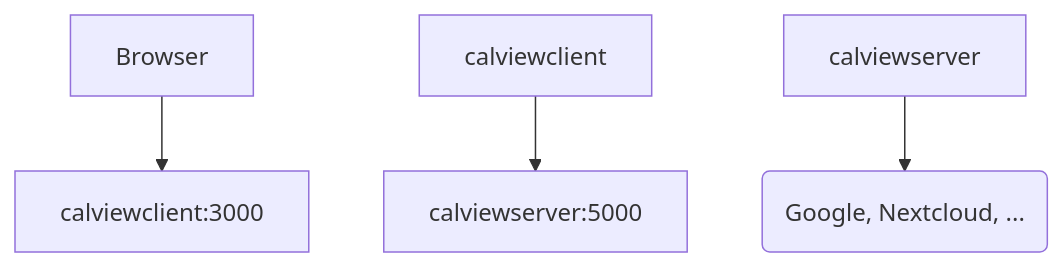
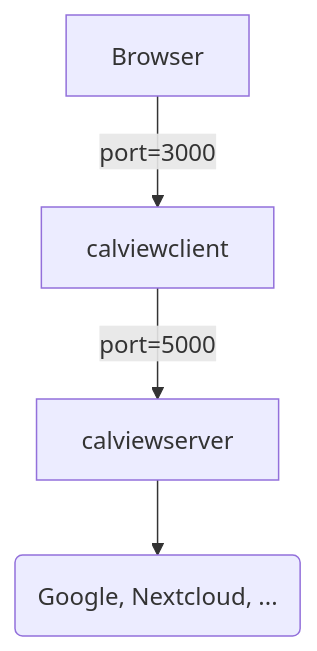
The diagram in server/README.md (Dubhar/calview), drawn with Mermaid before and after one commit.

Commit message:
doc: fix diagramm

````diff
--- a/server/README.md
+++ b/server/README.md
@@ -15,6 +15,6 @@
 ```mermaid
   graph TD;
-      Browser-->calviewclient:3000;
-      calviewclient-->calviewserver:5000;
+      Browser-- port=3000 -->calviewclient;
+      calviewclient-- port=5000 -->calviewserver;
       calviewserver-->CalendarServer(Google, Nextcloud, ...);
 ```
````
